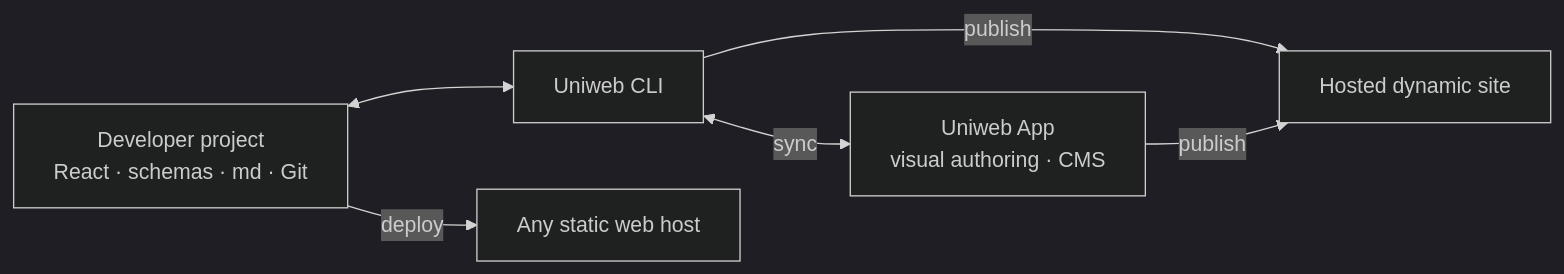
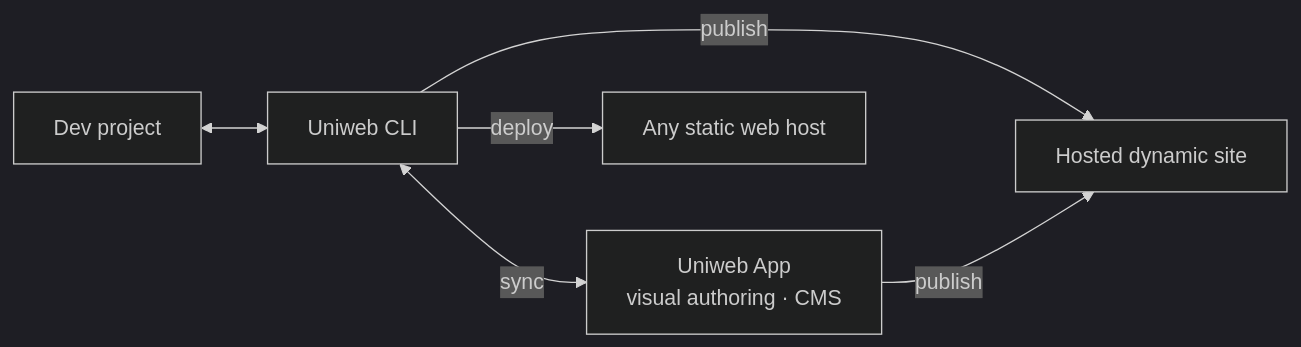
One commit to uniweb/uniweb changed the diagram in README.md. Above: the diagram before and after it, drawn with Mermaid (dark theme).

Commit message:
Update README.md with simpler diagram

````diff
--- a/README.md
+++ b/README.md
@@ -30,14 +30,14 @@
 ```mermaid
 flowchart LR
-    D["Developer project<br/>React · schemas · md · Git"]
+    D["Dev project"]
     C["Uniweb CLI"]
     A["Uniweb App<br/>visual authoring · CMS"]
     S["Hosted dynamic site"]
     H["Any static web host"]
 
     D <--> C
     C <-->|"sync"| A
     C -->|"publish"| S
     A -->|"publish"| S
-    D -->|"deploy"| H
+    C -->|"deploy"| H
 ```
````
